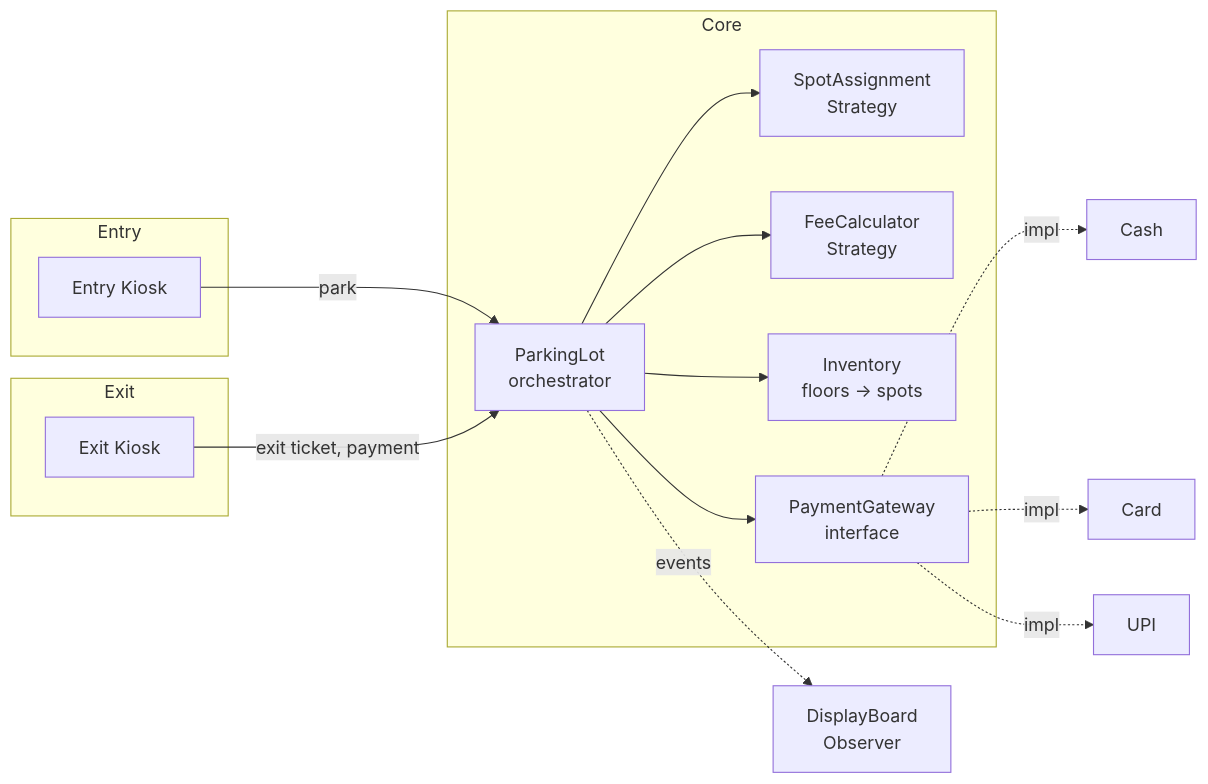
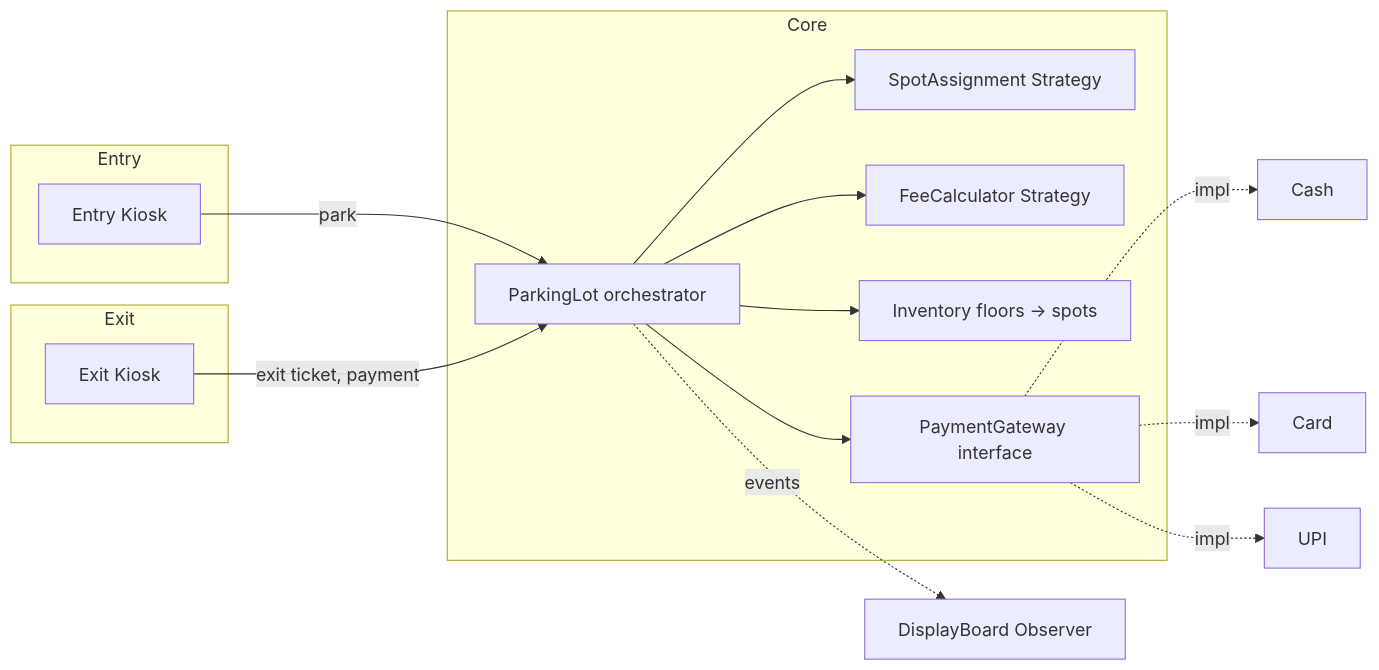
One commit to iamitgupta/system-design-LLD-basic changed the first of 36 diagrams in Readme.md. Above: the diagram before and after it, drawn with Mermaid. The commit also changed other lines of this file, not shown here.

````diff
--- a/Readme.md
+++ b/Readme.md
@@ -92,26 +92,26 @@
 ```mermaid
 flowchart LR
-    subgraph Entry
-        E1[Entry Kiosk]
-    end
-    subgraph Exit
-        X1[Exit Kiosk]
-    end
-    subgraph Core
-        PL[ParkingLot<br/>orchestrator]
-        SA[SpotAssignment<br/>Strategy]
-        FC[FeeCalculator<br/>Strategy]
-        INV[Inventory<br/>floors → spots]
-        PAY[PaymentGateway<br/>interface]
-    end
-    E1 -->|park| PL
-    X1 -->|exit ticket, payment| PL
-    PL --> SA
-    PL --> FC
-    PL --> INV
-    PL --> PAY
-    PAY -.->|impl| CASH[Cash]
-    PAY -.->|impl| CARD[Card]
-    PAY -.->|impl| UPI[UPI]
-    PL -.->|events| BOARD[DisplayBoard<br/>Observer]
+ subgraph Entry
+ E1["Entry Kiosk"]
+ end
+ subgraph Exit
+ X1["Exit Kiosk"]
+ end
+ subgraph Core
+ PL["ParkingLot orchestrator"]
+ SA["SpotAssignment Strategy"]
+ FC["FeeCalculator Strategy"]
+ INV["Inventory floors → spots"]
+ PAY["PaymentGateway interface"]
+ end
+ E1 -->|park| PL
+ X1 -->|exit ticket, payment| PL
+ PL --> SA
+ PL --> FC
+ PL --> INV
+ PL --> PAY
+ PAY -.->|impl| CASH["Cash"]
+ PAY -.->|impl| CARD["Card"]
+ PAY -.->|impl| UPI["UPI"]
+ PL -.->|events| BOARD["DisplayBoard Observer"]
 ```
````
